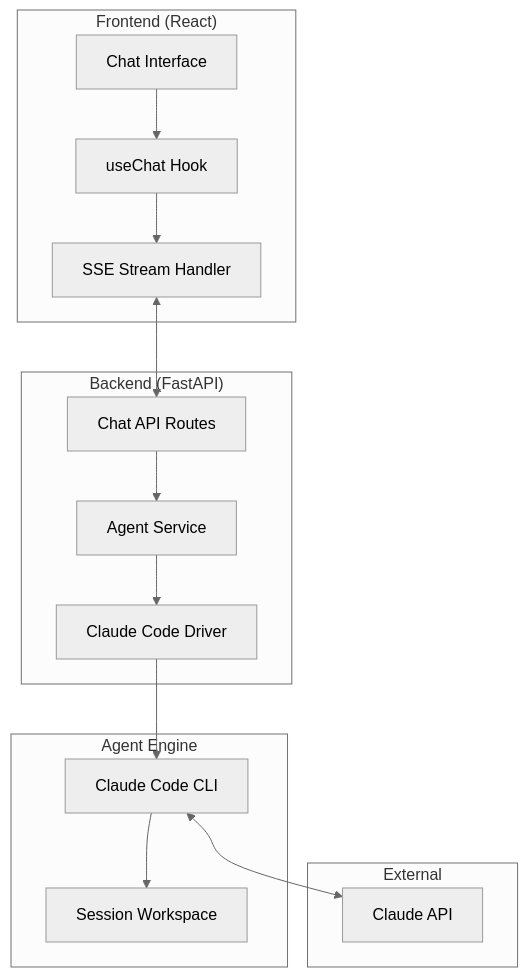
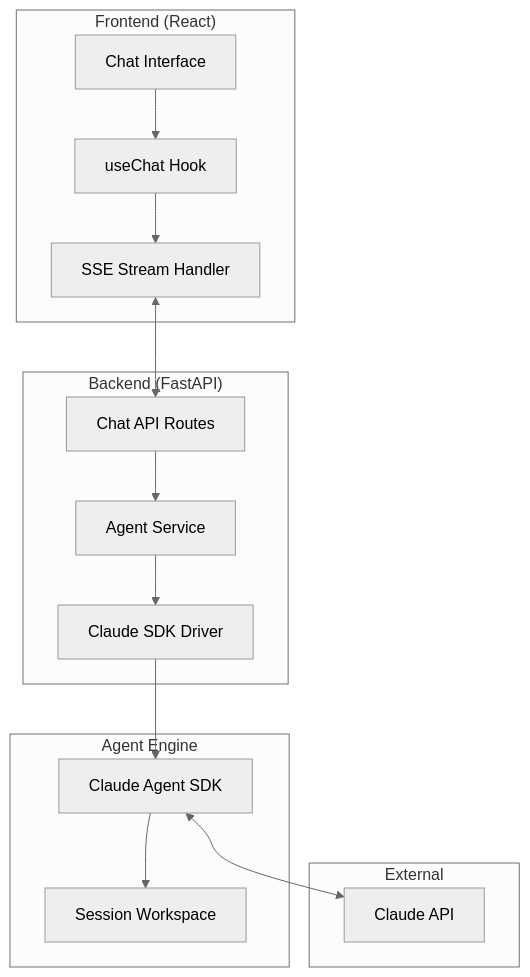
Before and after one commit to zhu1090093659/solo-agent-agile-template: the second of 8 diagrams in docs/ARCHITECTURE.md, drawn with Mermaid (neutral theme). The commit also changed other lines of this file and 18 other files, not shown here.

Commit message:
Add documentation for the Python Agent SDK, including installation instructions, usage examples, and detailed API reference. Update existing files to reflect the transition from Claude Code CLI to Claude Agent SDK, ensuring clarity in architecture and setup processes.

````diff
--- a/docs/ARCHITECTURE.md
+++ b/docs/ARCHITECTURE.md
@@ -22,32 +22,32 @@
 ```mermaid
 flowchart TB
     subgraph Frontend["Frontend (React)"]
         UI[Chat Interface]
         Hook[useChat Hook]
         SSE[SSE Stream Handler]
     end
     
     subgraph Backend["Backend (FastAPI)"]
         API[Chat API Routes]
         Service[Agent Service]
-        Driver[Claude Code Driver]
+        Driver[Claude SDK Driver]
     end
     
     subgraph Engine["Agent Engine"]
-        CLI[Claude Code CLI]
+        SDK[Claude Agent SDK]
         Workspace[Session Workspace]
     end
     
     subgraph External["External"]
         Claude[Claude API]
     end
     
     UI --> Hook
     Hook --> SSE
     SSE <--> API
     API --> Service
     Service --> Driver
-    Driver --> CLI
-    CLI --> Workspace
-    CLI <--> Claude
+    Driver --> SDK
+    SDK --> Workspace
+    SDK <--> Claude
 ```
````
